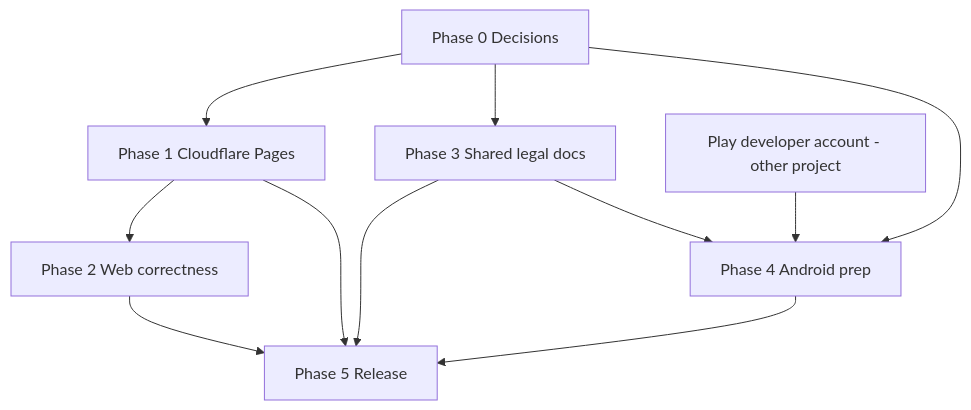
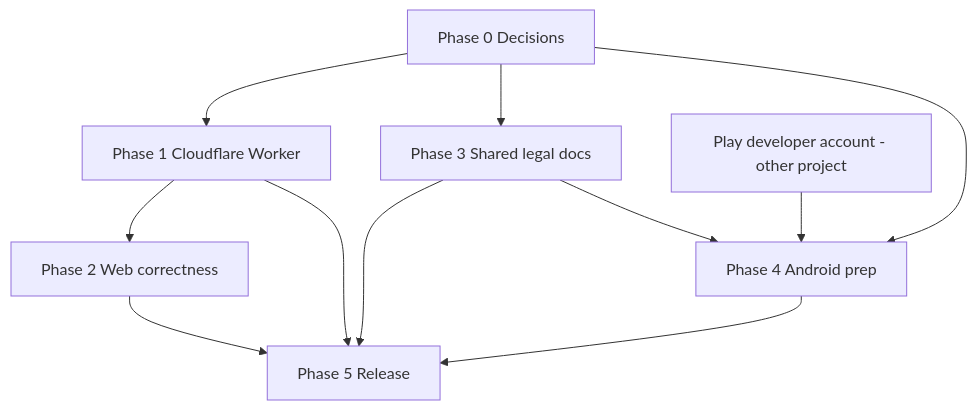
Before and after one commit to Xegster/XegQR: the diagram in docs/RELEASE-ROADMAP.md, drawn with Mermaid. The commit also changed other lines of this file and 6 other files, not shown here.

````diff
--- a/docs/RELEASE-ROADMAP.md
+++ b/docs/RELEASE-ROADMAP.md
@@ -161,13 +172,13 @@
 ```mermaid
 flowchart TB
-  P0[Phase 0 Decisions] --> P1[Phase 1 Cloudflare Pages]
+  P0[Phase 0 Decisions] --> P1[Phase 1 Cloudflare Worker]
   P0 --> P3[Phase 3 Shared legal docs]
   P0 --> P4[Phase 4 Android prep]
   P1 --> P2[Phase 2 Web correctness]
   P1 --> P5[Phase 5 Release]
   P2 --> P5
   P3 --> P5
   P4 --> P5
   P3 --> P4
   PLAY[Play developer account - other project] --> P4
 ```
````
